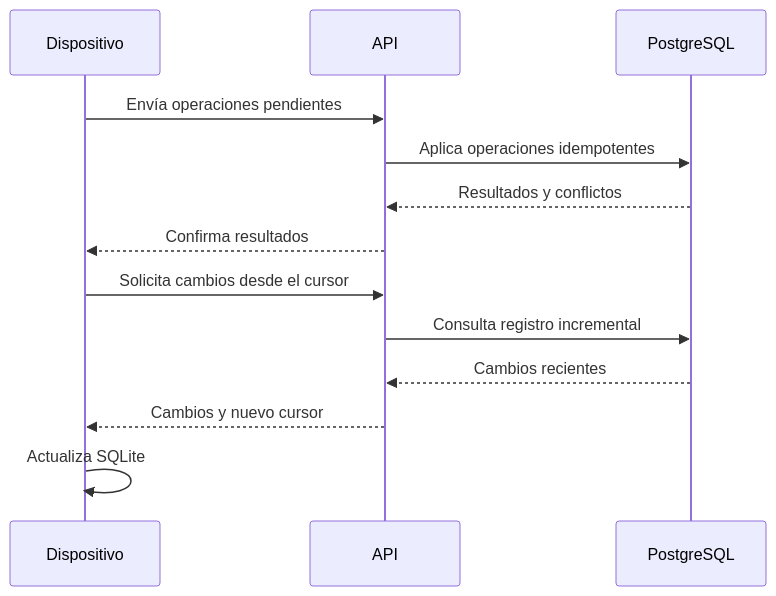
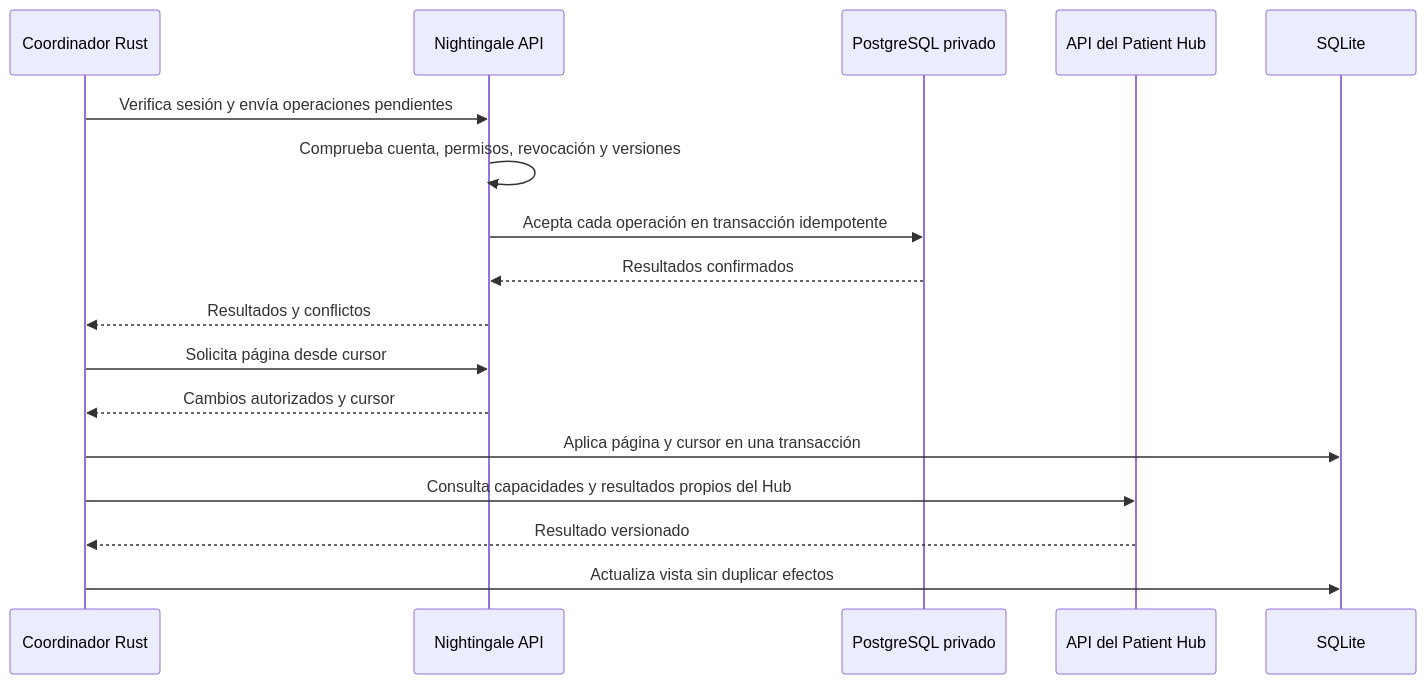
The fourth of 6 diagrams in docs/technical-architecture.md (odiseo0/nightingale), drawn with Mermaid before and after one commit. The commit also changed other lines of this file and 14 other files, not shown here.

````diff
--- a/docs/technical-architecture.md
+++ b/docs/technical-architecture.md
@@ -523,15 +540,19 @@
 ```mermaid
 sequenceDiagram
-    participant D as Dispositivo
-    participant A as API
-    participant P as PostgreSQL
-    D->>A: Envía operaciones pendientes
-    A->>P: Aplica operaciones idempotentes
-    P-->>A: Resultados y conflictos
-    A-->>D: Confirma resultados
-    D->>A: Solicita cambios desde el cursor
-    A->>P: Consulta registro incremental
-    P-->>A: Cambios recientes
-    A-->>D: Cambios y nuevo cursor
-    D->>D: Actualiza SQLite
+    participant R as Coordinador Rust
+    participant A as Nightingale API
+    participant P as PostgreSQL privado
+    participant H as API del Patient Hub
+    participant L as SQLite
+    R->>A: Verifica sesión y envía operaciones pendientes
+    A->>A: Comprueba cuenta, permisos, revocación y versiones
+    A->>P: Acepta cada operación en transacción idempotente
+    P-->>A: Resultados confirmados
+    A-->>R: Resultados y conflictos
+    R->>A: Solicita página desde cursor
+    A-->>R: Cambios autorizados y cursor
+    R->>L: Aplica página y cursor en una transacción
+    R->>H: Consulta capacidades y resultados propios del Hub
+    H-->>R: Resultado versionado
+    R->>L: Actualiza vista sin duplicar efectos
 ```
````
